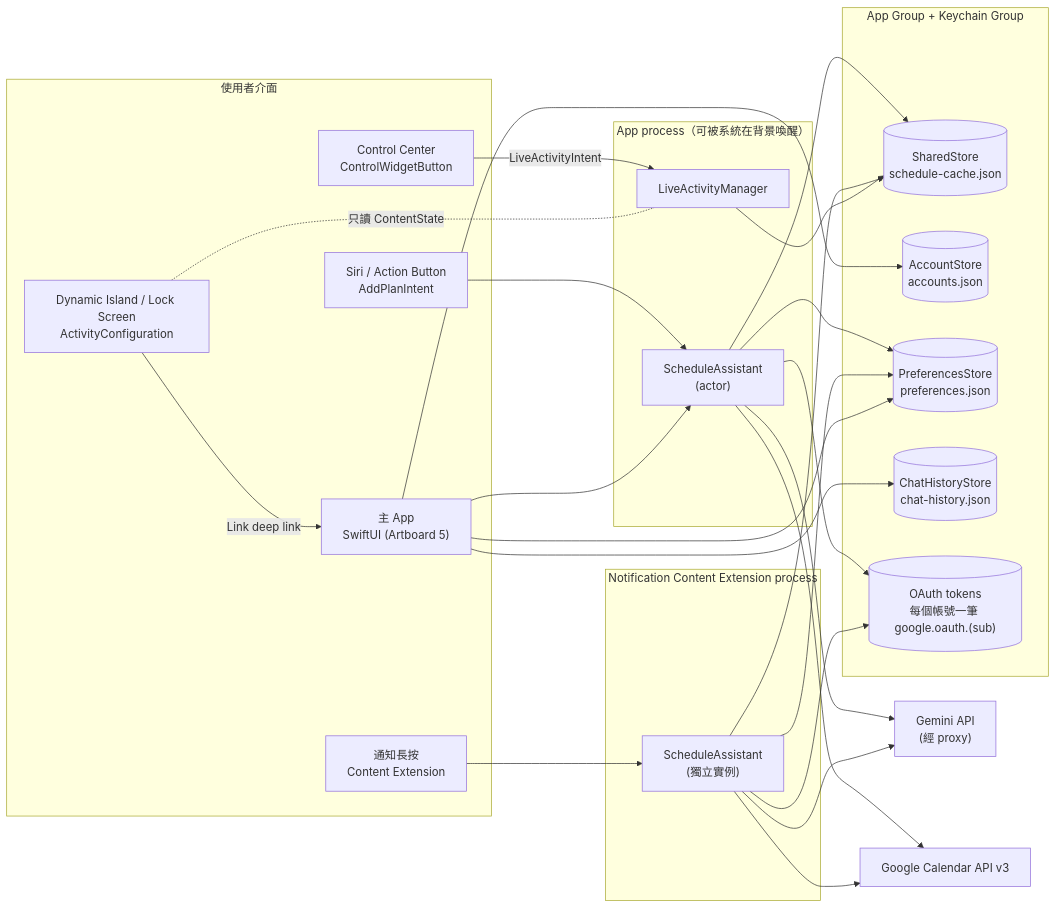
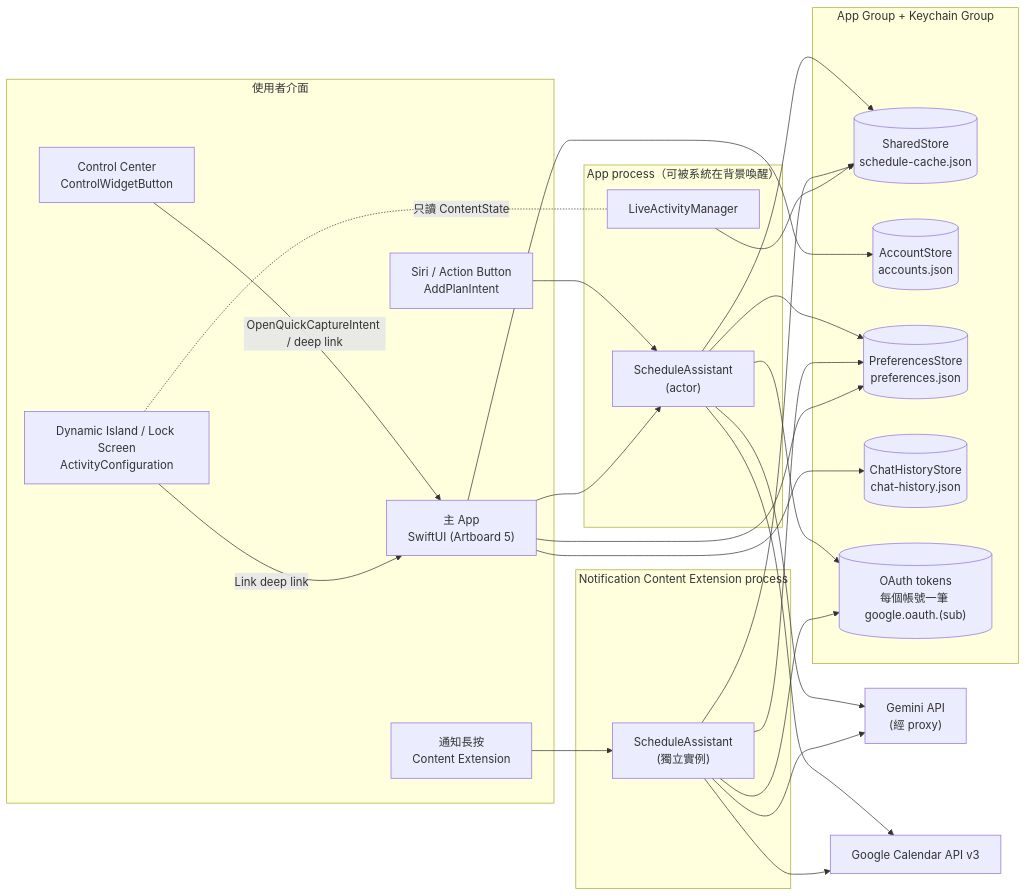
The first of 2 diagrams in docs/ARCHITECTURE.md (kennymaukwen-GIT/Smart-Schedule), drawn with Mermaid before and after one commit. The commit also changed other lines of this file and 14 other files, not shown here.

First line of the commit message:
Compliance review fixes: Live Activity scheduling, push payload, claims, push environment

````diff
--- a/docs/ARCHITECTURE.md
+++ b/docs/ARCHITECTURE.md
@@ -36,44 +36,44 @@
 ```mermaid
 flowchart LR
   subgraph Surfaces["使用者介面"]
     CC["Control Center<br/>ControlWidgetButton"]
     DI["Dynamic Island / Lock Screen<br/>ActivityConfiguration"]
     NT["通知長按<br/>Content Extension"]
     APP["主 App<br/>SwiftUI (Artboard 5)"]
     SIRI["Siri / Action Button<br/>AddPlanIntent"]
   end
 
   subgraph AppProc["App process（可被系統在背景喚醒）"]
     LAM["LiveActivityManager"]
     ASSIST["ScheduleAssistant<br/>(actor)"]
   end
 
   subgraph NotifProc["Notification Content Extension process"]
     ASSIST2["ScheduleAssistant<br/>(獨立實例)"]
   end
 
   subgraph Shared["App Group + Keychain Group"]
     STORE[("SharedStore<br/>schedule-cache.json")]
     ACC[("AccountStore<br/>accounts.json")]
     PREF[("PreferencesStore<br/>preferences.json")]
     CHAT[("ChatHistoryStore<br/>chat-history.json")]
     KC[("OAuth tokens<br/>每個帳號一筆 google.oauth.(sub)")]
   end
 
   GEM["Gemini API<br/>(經 proxy)"]
   GCAL["Google Calendar API v3"]
 
-  CC -- LiveActivityIntent --> LAM
+  CC -- OpenQuickCaptureIntent / deep link --> APP
   DI -- Link deep link --> APP
   SIRI --> ASSIST
   APP --> ASSIST
   NT --> ASSIST2
   ASSIST & ASSIST2 --> GEM
   ASSIST & ASSIST2 --> GCAL
   ASSIST & ASSIST2 --> STORE
   LAM --> STORE
   DI -. 只讀 ContentState .- LAM
   ASSIST & ASSIST2 --> KC
   ASSIST & ASSIST2 --> PREF
   APP --> ACC & PREF & CHAT
 ```
````
